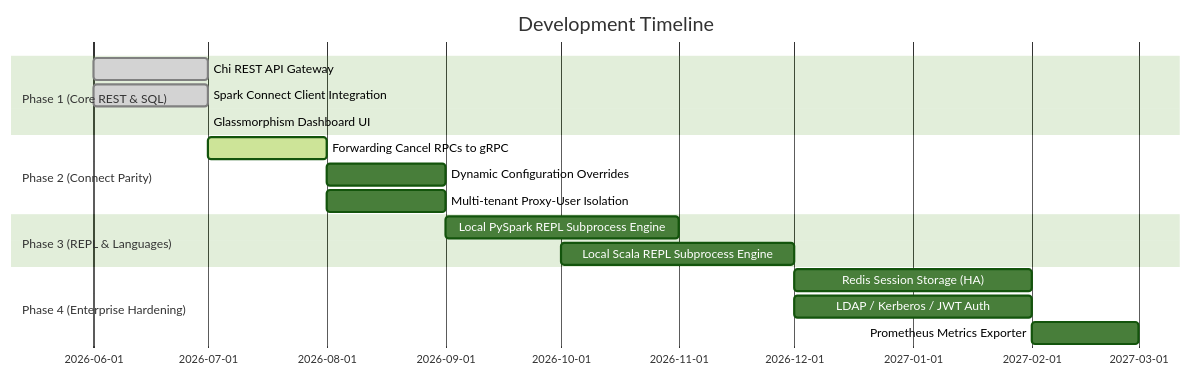
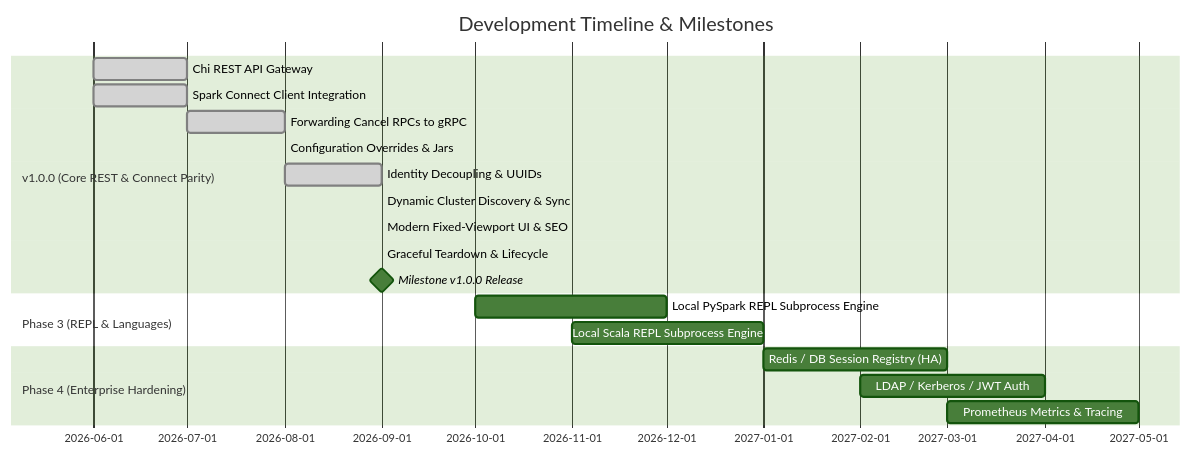
Before and after one commit to ErVijayRaghuwanshi/livy-next: the diagram in docs/roadmap.md, drawn with Mermaid (forest theme). The commit also changed other lines of this file and 3 other files, not shown here.

Commit message:
docs: document v1.0.0 milestone release, roadmap, changelog, and release notes

````diff
--- a/docs/roadmap.md
+++ b/docs/roadmap.md
@@ -9,20 +9,22 @@
 ```mermaid
 gantt
-    title Development Timeline
+    title Development Timeline & Milestones
     dateFormat  YYYY-MM
-    section Phase 1 (Core REST & SQL)
-    Chi REST API Gateway       :done, des1, 2026-06, 2026-07
+    section v1.0.0 (Core REST & Connect Parity)
+    Chi REST API Gateway             :done, des1, 2026-06, 2026-07
     Spark Connect Client Integration :done, des2, 2026-06, 2026-07
-    Glassmorphism Dashboard UI   :done, des3, 2026-07, 2026-07
-    section Phase 2 (Connect Parity)
-    Forwarding Cancel RPCs to gRPC :active, des4, 2026-07, 2026-08
-    Dynamic Configuration Overrides :des5, 2026-08, 2026-09
-    Multi-tenant Proxy-User Isolation :des6, 2026-08, 2026-09
+    Forwarding Cancel RPCs to gRPC   :done, des4, 2026-07, 2026-08
+    Configuration Overrides & Jars   :done, des5, 2026-08, 2026-08
+    Identity Decoupling & UUIDs      :done, des6, 2026-08, 2026-09
+    Dynamic Cluster Discovery & Sync :done, des7, 2026-09, 2026-09
+    Modern Fixed-Viewport UI & SEO   :done, des8, 2026-09, 2026-09
+    Graceful Teardown & Lifecycle    :done, des9, 2026-09, 2026-09
+    Milestone v1.0.0 Release         :milestone, m1, 2026-09, 0d
     section Phase 3 (REPL & Languages)
-    Local PySpark REPL Subprocess Engine :des7, 2026-09, 2026-11
-    Local Scala REPL Subprocess Engine   :des8, 2026-10, 2026-12
+    Local PySpark REPL Subprocess Engine :des10, 2026-10, 2026-12
+    Local Scala REPL Subprocess Engine   :des11, 2026-11, 2027-01
     section Phase 4 (Enterprise Hardening)
-    Redis Session Storage (HA)     :des9, 2026-12, 2027-02
-    LDAP / Kerberos / JWT Auth     :des10, 2026-12, 2027-02
-    Prometheus Metrics Exporter     :des11, 2027-02, 2027-03
+    Redis / DB Session Registry (HA) :des12, 2027-01, 2027-03
+    LDAP / Kerberos / JWT Auth       :des13, 2027-02, 2027-04
+    Prometheus Metrics & Tracing     :des14, 2027-03, 2027-05
 ```
````
